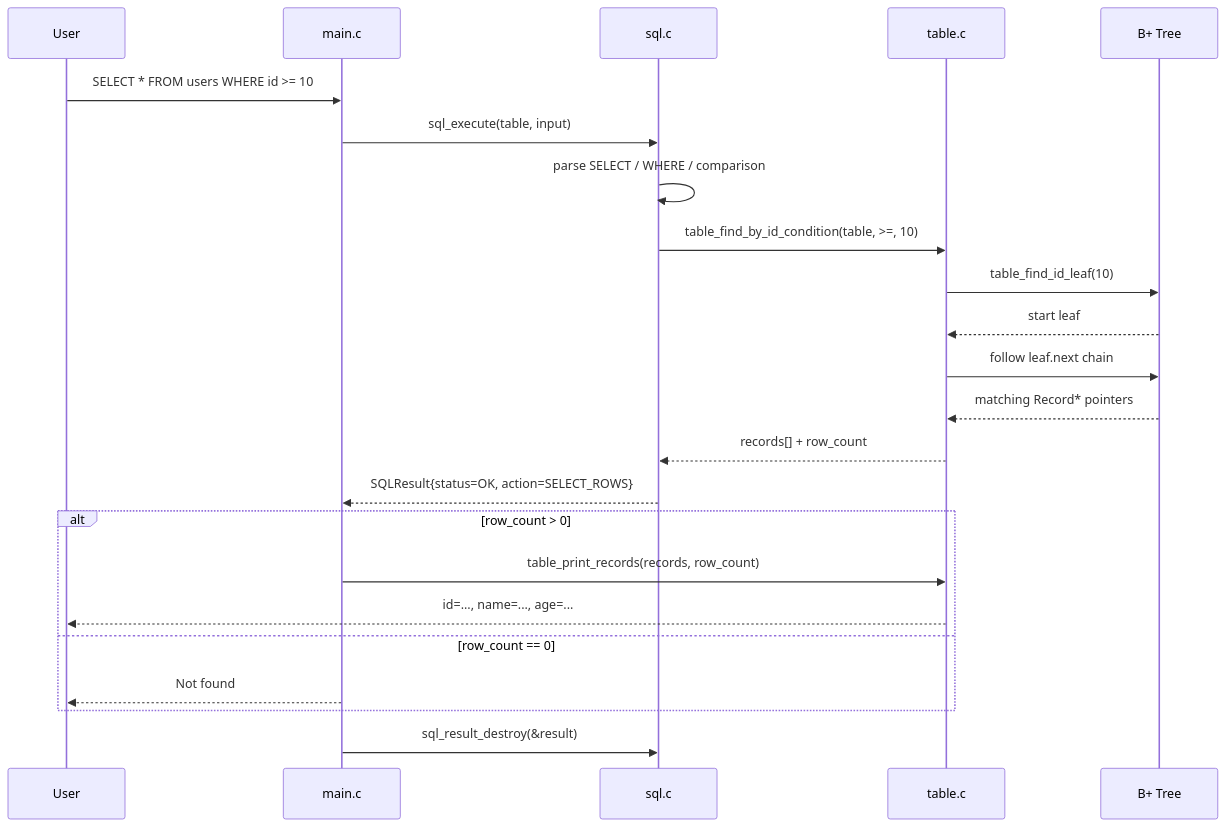
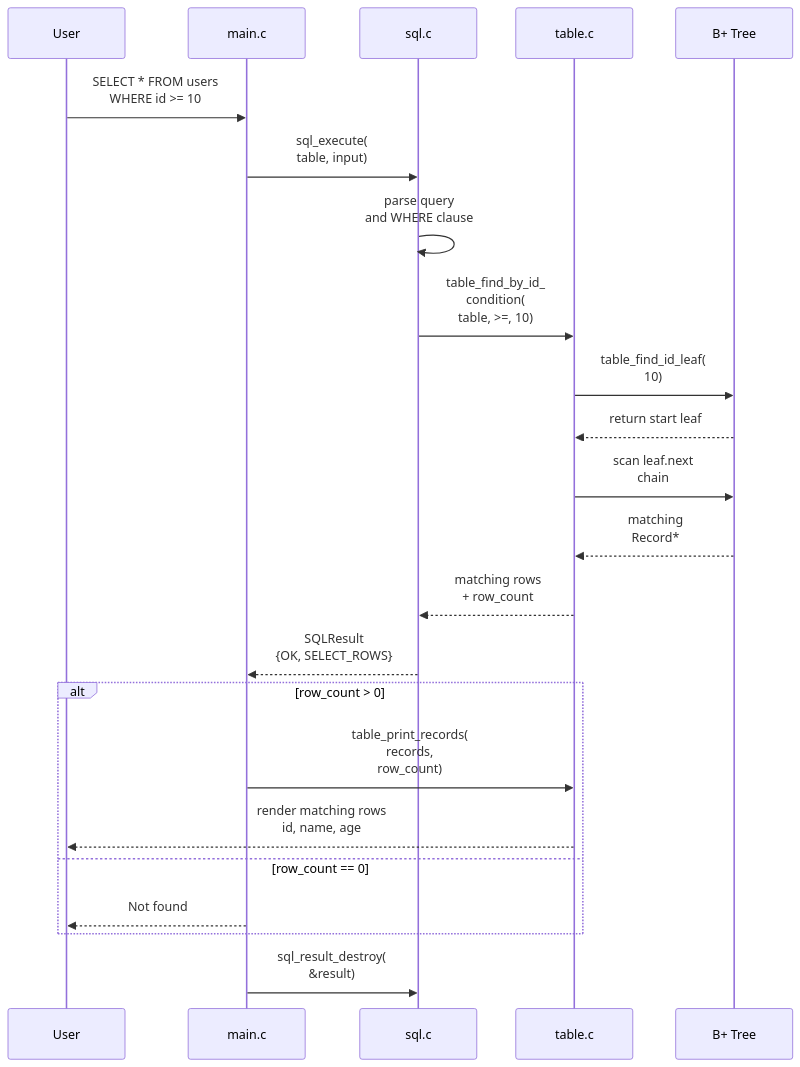
Before and after one commit to Jungle-12-303/wk8-team4-sql-api: the diagram in docs/diagrams/query-sequence.mmd, drawn with Mermaid. The commit also changed 2 other files, not shown here.

Commit message:
docs: improve request sequence diagram readability

```diff
--- a/docs/diagrams/query-sequence.mmd
+++ b/docs/diagrams/query-sequence.mmd
@@ -1,26 +1,26 @@
 sequenceDiagram
     participant U as User
     participant M as main.c
     participant S as sql.c
     participant T as table.c
     participant B as B+ Tree
 
-    U->>M: SELECT * FROM users WHERE id >= 10;
-    M->>S: sql_execute(table, input)
-    S->>S: parse SELECT / WHERE / comparison
-    S->>T: table_find_by_id_condition(table, >=, 10)
-    T->>B: table_find_id_leaf(10)
-    B-->>T: start leaf
-    T->>B: follow leaf.next chain
-    B-->>T: matching Record* pointers
-    T-->>S: records[] + row_count
-    S-->>M: SQLResult{status=OK, action=SELECT_ROWS}
+    U->>M: SELECT * FROM users<br/>WHERE id >= 10;
+    M->>S: sql_execute(<br/>table, input)
+    S->>S: parse query<br/>and WHERE clause
+    S->>T: table_find_by_id_<br/>condition(<br/>table, >=, 10)
+    T->>B: table_find_id_leaf(<br/>10)
+    B-->>T: return start leaf
+    T->>B: scan leaf.next<br/>chain
+    B-->>T: matching<br/>Record*
+    T-->>S: matching rows<br/>+ row_count
+    S-->>M: SQLResult<br/>{OK, SELECT_ROWS}
 
     alt row_count > 0
-        M->>T: table_print_records(records, row_count)
-        T-->>U: id=..., name=..., age=...
+        M->>T: table_print_records(<br/>records,<br/>row_count)
+        T-->>U: render matching rows<br/>id, name, age
     else row_count == 0
         M-->>U: Not found
     end
 
-    M->>S: sql_result_destroy(&result)
+    M->>S: sql_result_destroy(<br/>&result)
```
